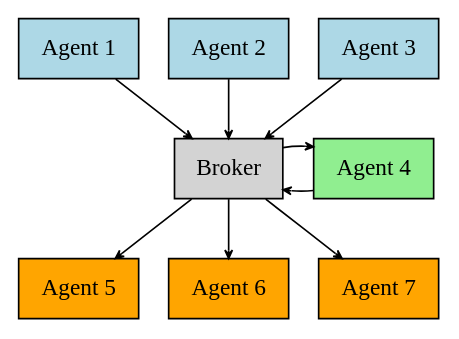
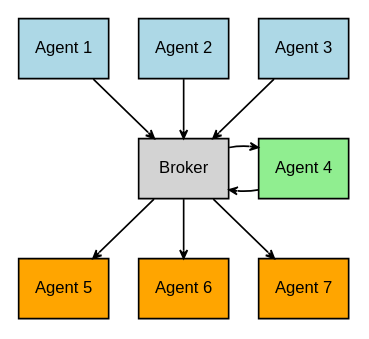
The first of 2 diagrams in presentations/intro.qmd (MADS-NET/mads-net.github.io), drawn with Graphviz before and after one commit. The commit also changed other lines of this file, not shown here.

Commit message:
Fix fonts in graphviz

````diff
--- a/presentations/intro.qmd
+++ b/presentations/intro.qmd
@@ -81,27 +81,27 @@
 ```{dot}
 digraph G {
-  node [shape=box, style=filled];
+  node [shape=box, style=filled, fontname="Arial", fontsize=10];
   edge [arrowhead=vee, arrowsize=0.5];
   bgcolor="#ffffff"
   
   broker [label="Broker"];
   a1 [label="Agent 1", fillcolor=lightblue];
   a2 [label="Agent 2", fillcolor=lightblue];
   a3 [label="Agent 3", fillcolor=lightblue];
   a4 [label="Agent 4", fillcolor=lightgreen];
   a5 [label="Agent 5", fillcolor=orange];
   a6 [label="Agent 6", fillcolor=orange];
   a7 [label="Agent 7", fillcolor=orange];
   
   { rank=same; broker; a4; }
   
   a1 -> broker;
   a2 -> broker;
   a3 -> broker;
   a4 -> broker;
   broker -> a4
   broker -> a5
   broker -> a6
   broker -> a7
 }
 ```
````
